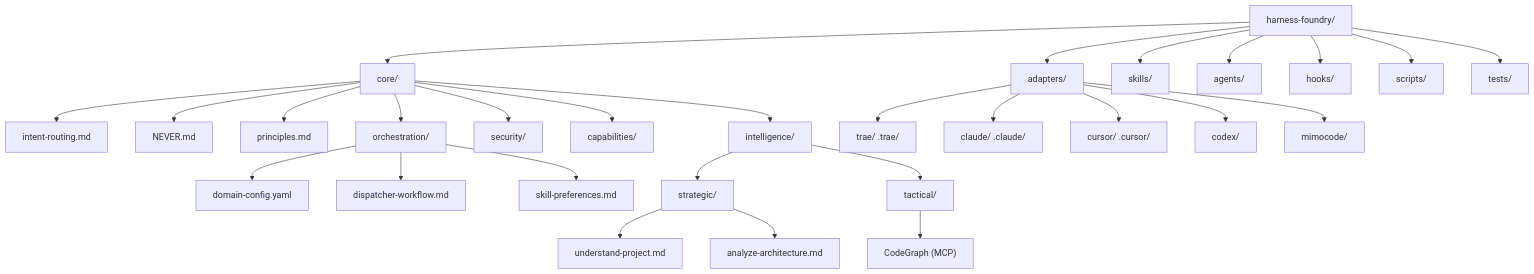
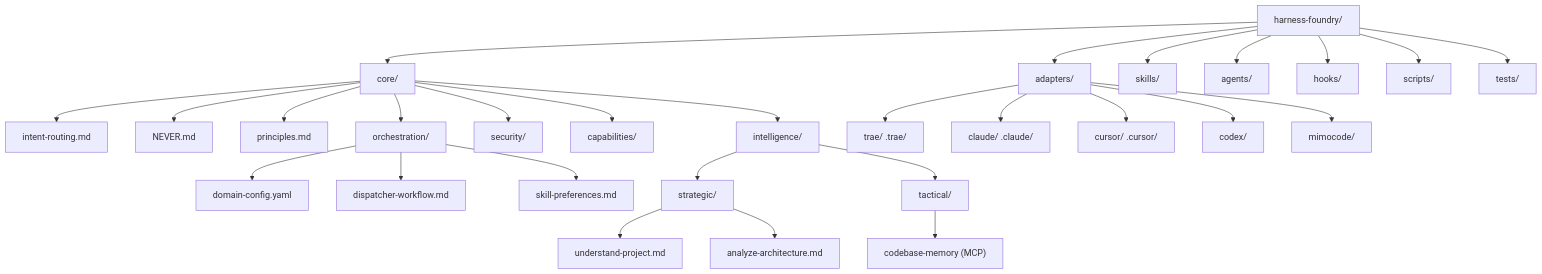
Before and after one commit to zhoupei6251/harness-foundry: the ninth of 10 diagrams in docs/harness-foundry-knowledge-graph.md, drawn with Mermaid. The commit also changed other lines of this file and 15 other files, not shown here.

First line of the commit message:
docs: rewrite v2.1 architecture / plan / intelligence-layer guides

````diff
--- a/docs/harness-foundry-knowledge-graph.md
+++ b/docs/harness-foundry-knowledge-graph.md
@@ -356,38 +356,38 @@
 ```mermaid
 graph TD
     Root["harness-foundry/"]
     
     Root --> Core["core/"]
     Root --> Adapters["adapters/"]
     Root --> Skills["skills/"]
     Root --> Agents["agents/"]
     Root --> Hooks["hooks/"]
     Root --> Scripts["scripts/"]
     Root --> Tests["tests/"]
     
     Core --> Routing["intent-routing.md"]
     Core --> Never["NEVER.md"]
     Core --> Principles["principles.md"]
     Core --> Orchestration["orchestration/"]
     Core --> Security["security/"]
     Core --> Capabilities["capabilities/"]
     Core --> Intelligence["intelligence/"]
     
     Orchestration --> Domain["domain-config.yaml"]
     Orchestration --> Dispatcher["dispatcher-workflow.md"]
     Orchestration --> SkillPref["skill-preferences.md"]
     
     Intelligence --> Strategic["strategic/"]
     Intelligence --> Tactical["tactical/"]
     
     Strategic --> Understand["understand-project.md"]
     Strategic --> Analyze["analyze-architecture.md"]
     
-    Tactical --> CodeGraph["CodeGraph (MCP)"]
+    Tactical --> codebase-memory["codebase-memory (MCP)"]
     
     Adapters --> Trae["trae/ .trae/"]
     Adapters --> Claude["claude/ .claude/"]
     Adapters --> Cursor["cursor/ .cursor/"]
     Adapters --> Codex["codex/"]
     Adapters --> Mimo["mimocode/"]
 ```
````
